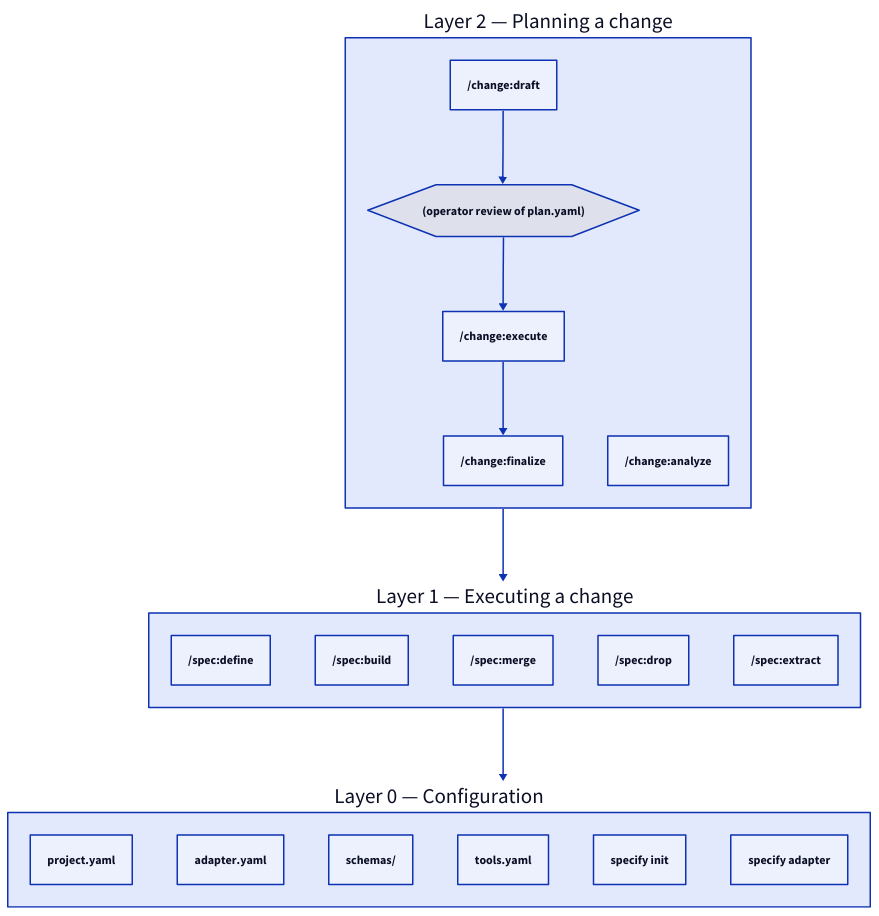
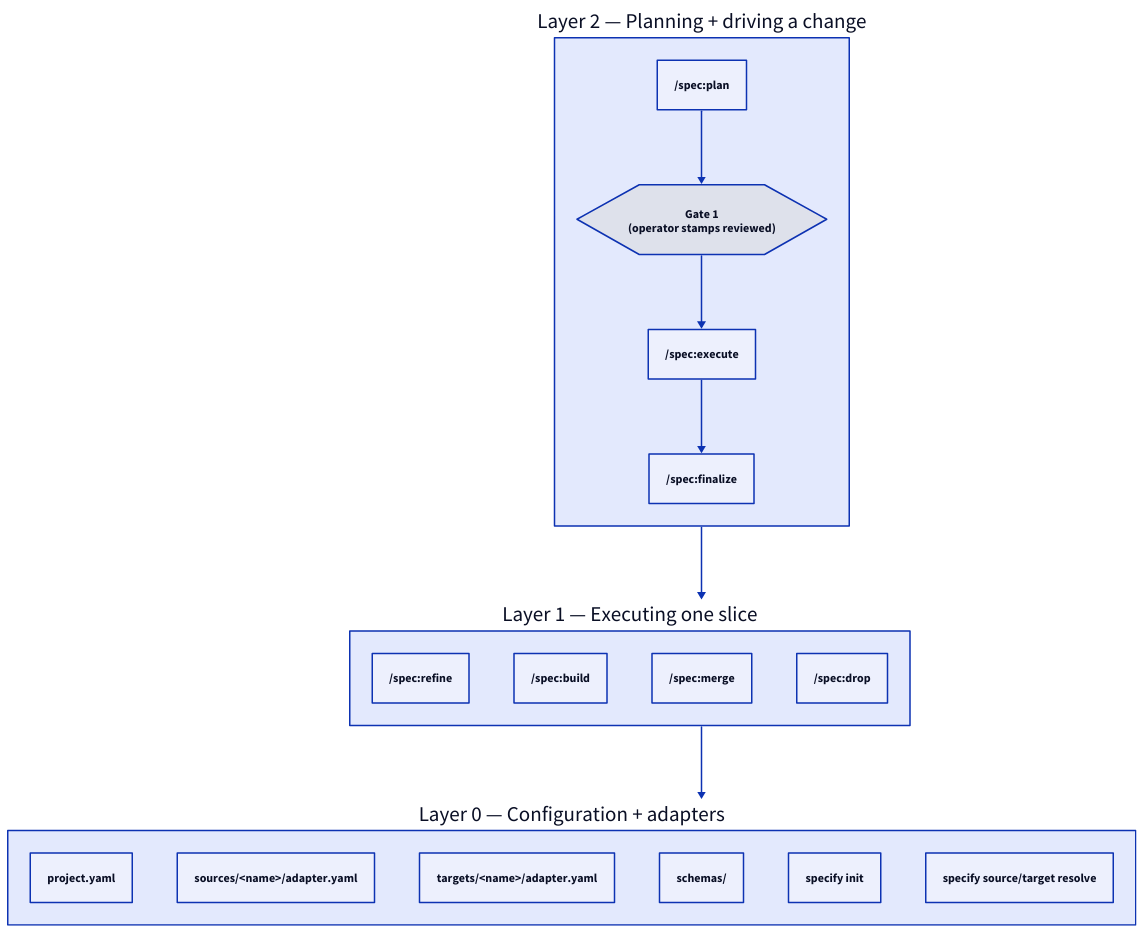
The diagram in docs/explanation/layered-stack.md (augentic/anvil), drawn with D2 before and after one commit. The commit also changed other lines of this file and 197 other files, not shown here.

````diff
--- a/docs/explanation/layered-stack.md
+++ b/docs/explanation/layered-stack.md
@@ -5,34 +5,32 @@
 ```d2
 direction: down
 
-Layer2: "Layer 2 — Planning a change" {
-  draft: "/change:draft"
-  review: "(operator review of plan.yaml)" {shape: hexagon}
-  execute: "/change:execute"
-  finalize: "/change:finalize"
-  analyze: "/change:analyze"
-  draft -> review
-  review -> execute
+Layer2: "Layer 2 — Planning + driving a change" {
+  plan: "/spec:plan"
+  gate: "Gate 1\n(operator stamps reviewed)" {shape: hexagon}
+  execute: "/spec:execute"
+  finalize: "/spec:finalize"
+  plan -> gate
+  gate -> execute
   execute -> finalize
 }
 
-Layer1: "Layer 1 — Executing a change" {
-  define: "/spec:define"
+Layer1: "Layer 1 — Executing one slice" {
+  refine: "/spec:refine"
   build: "/spec:build"
   mergeSkill: "/spec:merge"
   drop: "/spec:drop"
-  extract: "/spec:extract"
 }
 
-Layer0: "Layer 0 — Configuration" {
+Layer0: "Layer 0 — Configuration + adapters" {
   projectYaml: "project.yaml"
-  adapterYaml: "adapter.yaml"
+  sources: "sources/<name>/adapter.yaml"
+  targets: "targets/<name>/adapter.yaml"
   schemas: "schemas/"
-  toolsYaml: "tools.yaml"
   initVerb: "specify init"
-  adapterVerb: "specify adapter"
+  resolveVerbs: "specify source/target resolve"
 }
 
 Layer2 -> Layer1
 Layer1 -> Layer0
 ```
````
